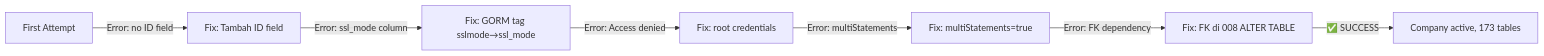
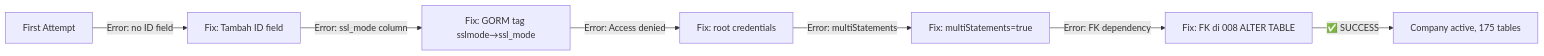
One commit to Inthros-Jagotama/inthros-hris-platform changed the second of 8 diagrams in docs/platform-architecture-design.md. Above: the diagram before and after it, drawn with Mermaid. The commit also changed other lines of this file and 16 other files, not shown here.

````diff
--- a/docs/platform-architecture-design.md
+++ b/docs/platform-architecture-design.md
@@ -1080,9 +1080,9 @@
 ```mermaid
 graph LR
     A[First Attempt] -->|Error: no ID field| B[Fix: Tambah ID field]
     B -->|Error: ssl_mode column| C[Fix: GORM tag sslmode→ssl_mode]
     C -->|Error: Access denied| D[Fix: root credentials]
     D -->|Error: multiStatements| E[Fix: multiStatements=true]
     E -->|Error: FK dependency| F[Fix: FK di 008 ALTER TABLE]
-    F -->|✅ SUCCESS| G[Company active, 173 tables]
+    F -->|✅ SUCCESS| G[Company active, 175 tables]
 ```
````
